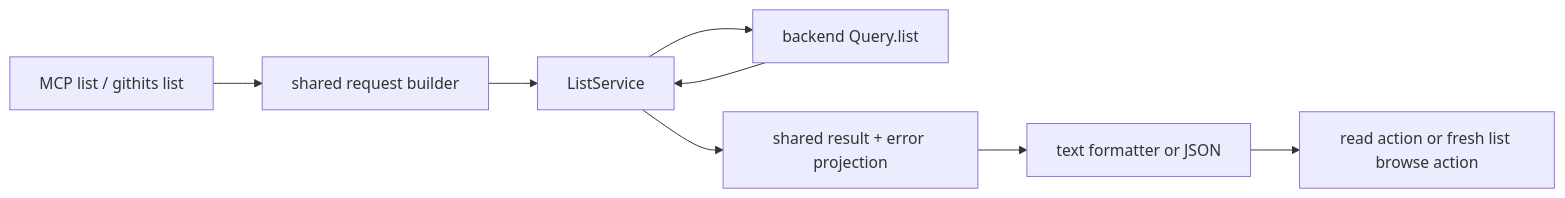
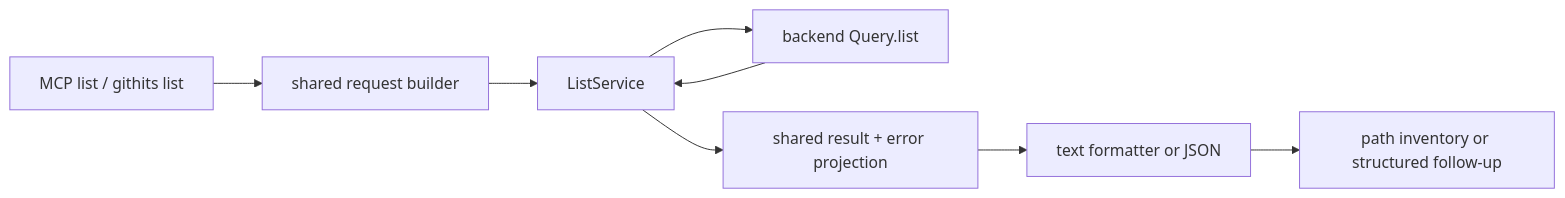
The diagram in docs/plans/unified-list.md (githits-com/githits-cli), drawn with Mermaid before and after one commit. The commit also changed other lines of this file and 15 other files, not shown here.

````diff
--- a/docs/plans/unified-list.md
+++ b/docs/plans/unified-list.md
@@ -283,10 +273,10 @@
 ```mermaid
 flowchart LR
   A[MCP list / githits list] --> B[shared request builder]
   B --> C[ListService]
   C --> D[backend Query.list]
   D --> C
   C --> E[shared result + error projection]
   E --> F[text formatter or JSON]
-  F --> G[read action or fresh list browse action]
+  F --> G[path inventory or structured follow-up]
 ```
````
